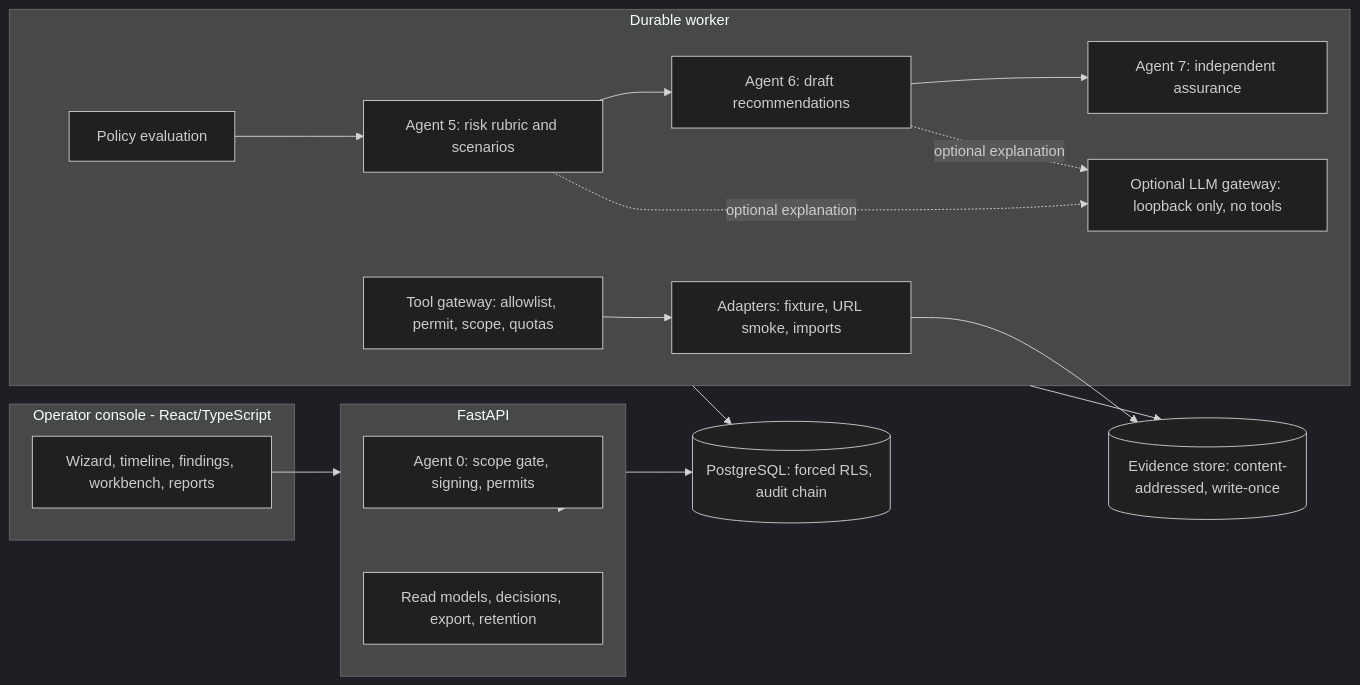
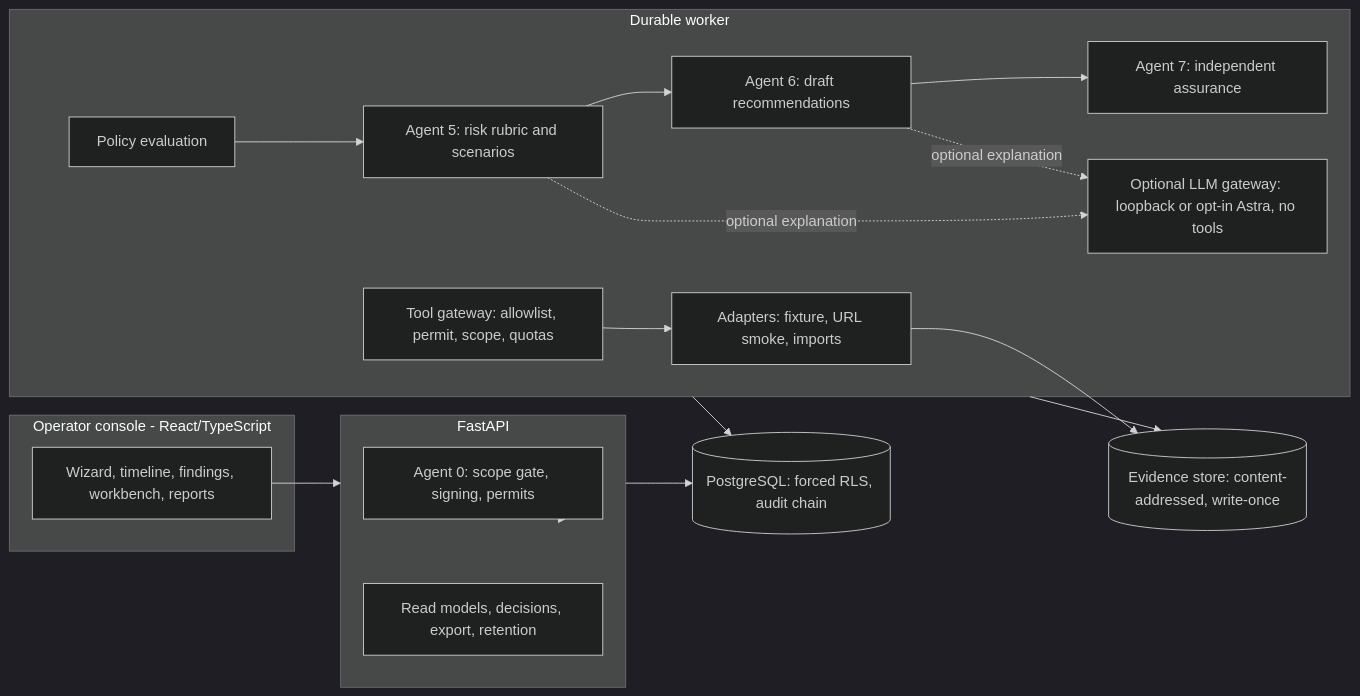
One commit to ameyaraichur-lang/aisw changed the diagram in README.md. Above: the diagram before and after it, drawn with Mermaid (dark theme). The commit also changed other lines of this file and 43 other files, not shown here.

````diff
--- a/README.md
+++ b/README.md
@@ -80,29 +80,29 @@
 ```mermaid
 flowchart LR
   subgraph UI[Operator console - React/TypeScript]
     W[Wizard, timeline, findings, workbench, reports]
   end
   subgraph API[FastAPI]
     A0[Agent 0: scope gate, signing, permits]
     R[Read models, decisions, export, retention]
   end
   subgraph WK[Durable worker]
     GW[Tool gateway: allowlist, permit, scope, quotas]
     AD[Adapters: fixture, URL smoke, imports]
     PE[Policy evaluation]
     A5[Agent 5: risk rubric and scenarios]
     A6[Agent 6: draft recommendations]
     A7[Agent 7: independent assurance]
-    LLM[Optional LLM gateway: loopback only, no tools]
+    LLM[Optional LLM gateway: loopback or opt-in Astra, no tools]
   end
   DB[(PostgreSQL: forced RLS, audit chain)]
   EV[(Evidence store: content-addressed, write-once)]
   W --> API --> DB
   API --> A0
   WK --> DB
   WK --> EV
   GW --> AD --> EV
   PE --> A5 --> A6 --> A7
   A5 -.optional explanation.-> LLM
   A6 -.optional explanation.-> LLM
 ```
````
